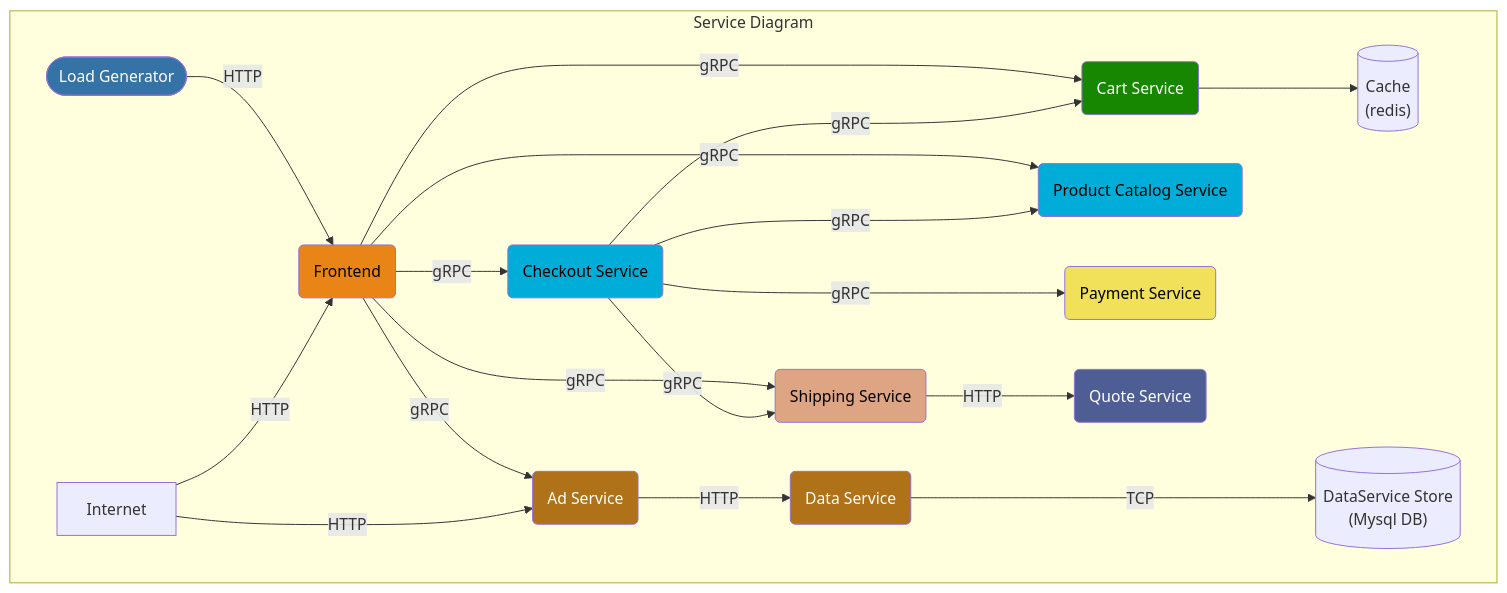
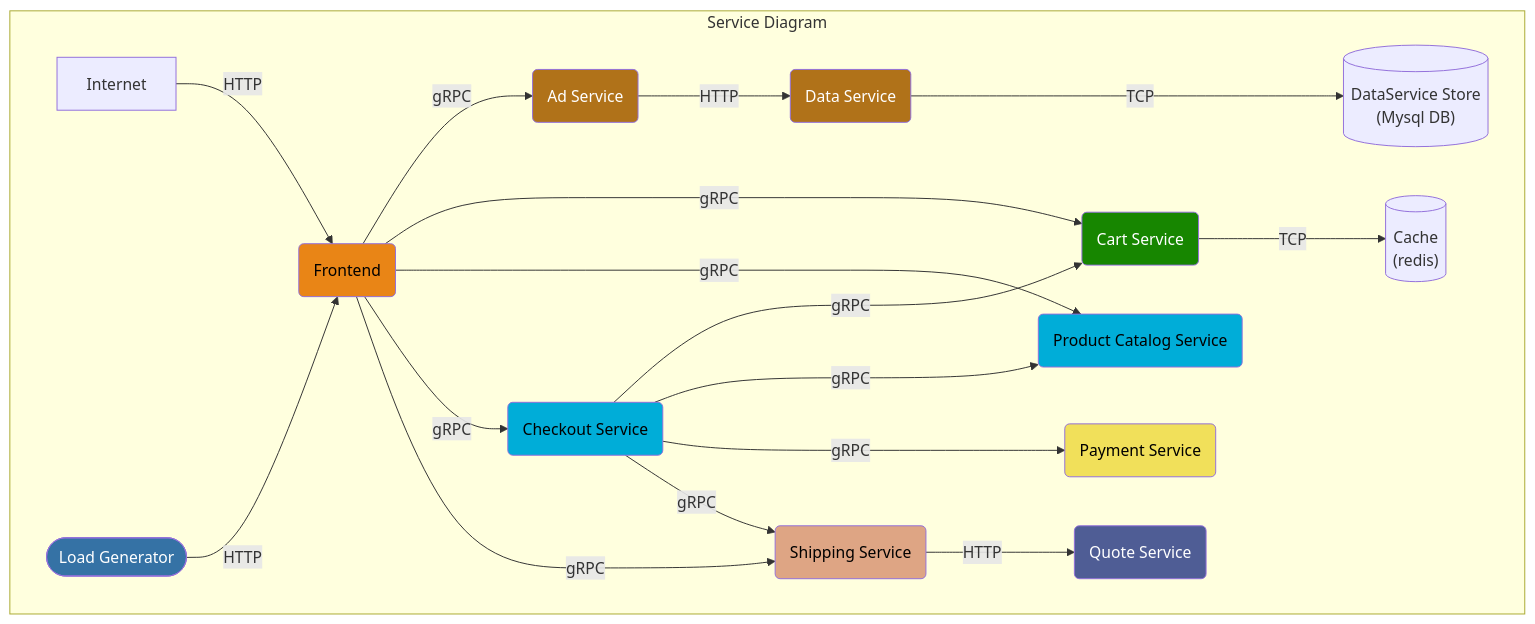
The first of 2 diagrams in charts/opentelemetry-demo-lite/README.md (openinsight-proj/openinsight-helm-charts), drawn with Mermaid before and after one commit. The commit also changed other lines of this file and 2 other files, not shown here.

````diff
--- a/charts/opentelemetry-demo-lite/README.md
+++ b/charts/opentelemetry-demo-lite/README.md
@@ -7,46 +8,45 @@
 ```mermaid
 graph TD
 subgraph Service Diagram
 adservice(Ad Service):::java
 dataservice(Data Service):::java
 cache[(Cache<br/>&#40redis&#41)]
 cartservice(Cart Service):::dotnet
 checkoutservice-v2(Checkout Service):::golang
 frontend(Frontend):::typescript
 loadgenerator([Load Generator]):::python
 paymentservice(Payment Service):::javascript
 productcatalogservice(Product Catalog Service):::golang
 quoteservice(Quote Service):::php
 shippingservice(Shipping Service):::rust
 adstore[(DataService Store<br/>&#40Mysql DB&#41)]
 
 Internet -->|HTTP| frontend
-Internet -->|HTTP| adservice
 
 loadgenerator -->|HTTP| frontend
 
-checkoutservice-v2 --->|gRPC| cartservice --> cache
+checkoutservice-v2 --->|gRPC| cartservice -->|TCP| cache
 checkoutservice-v2 --->|gRPC| productcatalogservice
 checkoutservice-v2 --->|gRPC| paymentservice
 checkoutservice-v2 -->|gRPC| shippingservice
 
 frontend -->|gRPC| adservice
 frontend -->|gRPC| cartservice
 frontend -->|gRPC| productcatalogservice
 frontend -->|gRPC| checkoutservice-v2
 frontend -->|gRPC| shippingservice -->|HTTP| quoteservice
 
 adservice -->|HTTP| dataservice
 dataservice ---> |TCP| adstore
 
 end
 
 classDef dotnet fill:#178600,color:white;
 classDef golang fill:#00add8,color:black;
 classDef java fill:#b07219,color:white;
 classDef javascript fill:#f1e05a,color:black;
 classDef php fill:#4f5d95,color:white;
 classDef python fill:#3572A5,color:white;
 classDef rust fill:#dea584,color:black;
 classDef typescript fill:#e98516,color:black;
 ```
````
